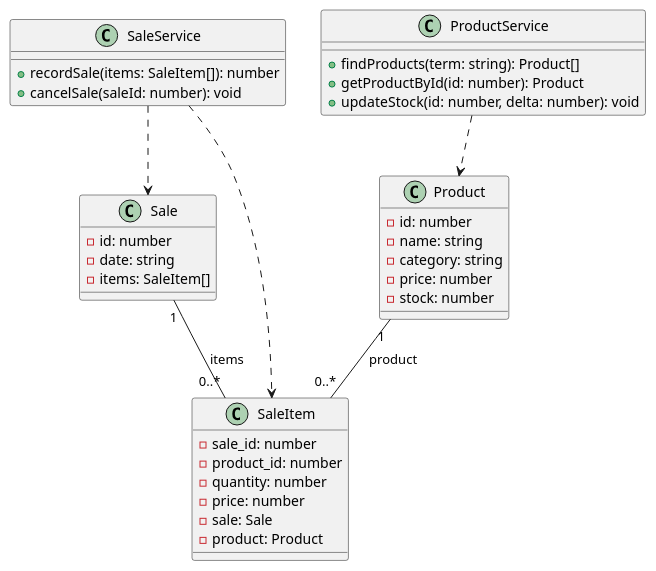
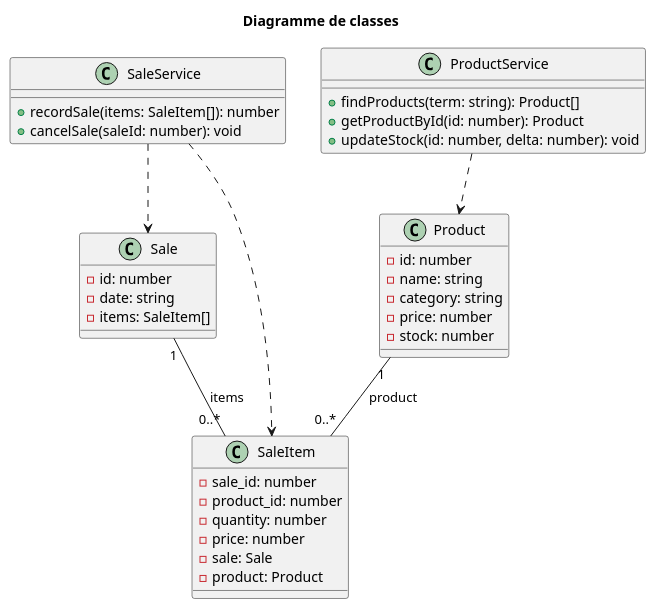
Before and after one commit to RaphaelMailhiot/LOG430-labo: the diagram in docs/logical/class-diagram.puml, drawn with PlantUML. The commit also changed 10 other files, not shown here.

Commit message:
Add ADR doc and svg diagrams

```diff
--- a/docs/logical/class-diagram.puml
+++ b/docs/logical/class-diagram.puml
@@ -1,43 +1,45 @@
 @startuml
+
+title Diagramme de classes
 
 class Product {
   - id: number
   - name: string
   - category: string
   - price: number
   - stock: number
 }
 
 class Sale {
   - id: number
   - date: string
   - items: SaleItem[]
 }
 
 class SaleItem {
   - sale_id: number
   - product_id: number
   - quantity: number
   - price: number
   - sale: Sale
   - product: Product
 }
 
 class ProductService {
   + findProducts(term: string): Product[]
   + getProductById(id: number): Product
   + updateStock(id: number, delta: number): void
 }
 
 class SaleService {
   + recordSale(items: SaleItem[]): number
   + cancelSale(saleId: number): void
 }
 
 Product "1" -- "0..*" SaleItem : "product"
 Sale "1" -- "0..*" SaleItem : "items"
 ProductService ..> Product
 SaleService ..> Sale
 SaleService ..> SaleItem
 
 @enduml
```
